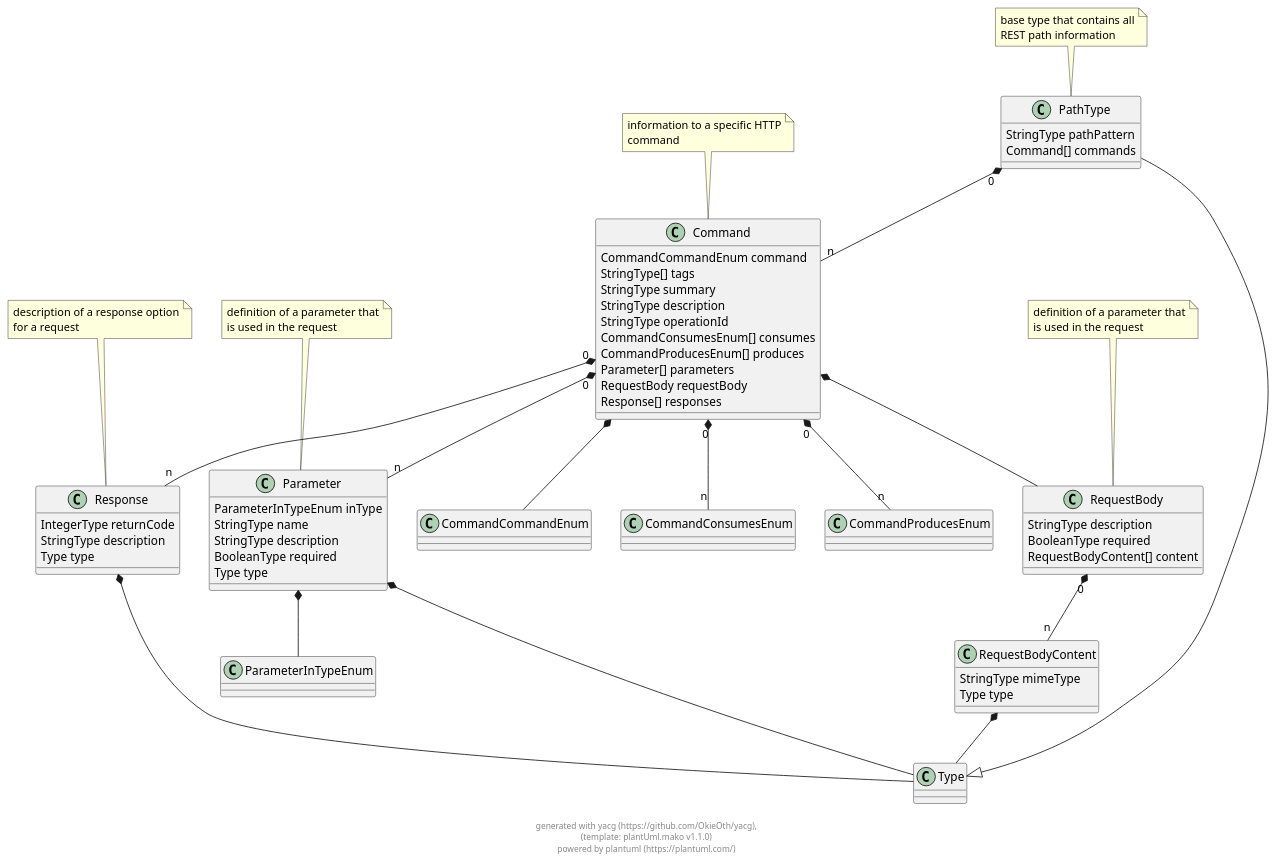
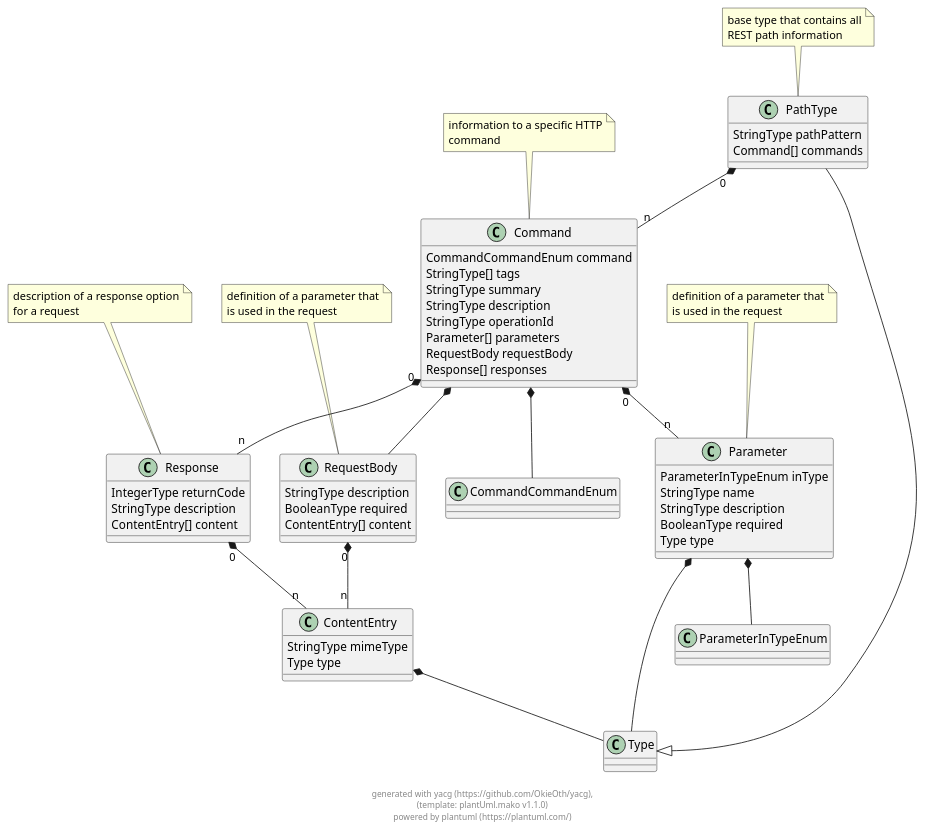
The diagram in docs/puml/yacg_openapi.puml (OkieOth/yacg), drawn with PlantUML before and after one commit. The commit also changed 2 other files, not shown here.

```diff
--- a/docs/puml/yacg_openapi.puml
+++ b/docs/puml/yacg_openapi.puml
@@ -2,111 +2,95 @@
 @startuml
 
 class PathType {
     StringType pathPattern 
     Command[] commands 
 }
  
 note top: base type that contains all\nREST path information
 
 PathType --|> Type
 class Command {
     CommandCommandEnum command 
     StringType[] tags 
     StringType summary 
     StringType description 
     StringType operationId 
-    CommandConsumesEnum[] consumes 
-    CommandProducesEnum[] produces 
     Parameter[] parameters 
     RequestBody requestBody 
     Response[] responses 
 }
  
 note top: information to a specific HTTP\ncommand
 
 class CommandCommandEnum {
-}
- 
-
-class CommandConsumesEnum {
-}
- 
-
-class CommandProducesEnum {
 }
  
 
 class Parameter {
     ParameterInTypeEnum inType 
     StringType name 
     StringType description 
     BooleanType required 
     Type type 
 }
  
 note top: definition of a parameter that\nis used in the request
 
 class RequestBody {
     StringType description 
     BooleanType required 
-    RequestBodyContent[] content 
+    ContentEntry[] content 
 }
  
 note top: definition of a parameter that\nis used in the request
 
 class Response {
     IntegerType returnCode 
     StringType description 
-    Type type 
+    ContentEntry[] content 
 }
  
 note top: description of a response option\nfor a request
 
-class RequestBodyContent {
+class ContentEntry {
     StringType mimeType 
     Type type 
 }
  
 
 class ParameterInTypeEnum {
 }
  
 
 
     
 PathType "0" *-- "n" Command        
             
     
 Command  *--  CommandCommandEnum        
             
-Command "0" *-- "n" CommandConsumesEnum        
-            
-Command "0" *-- "n" CommandProducesEnum        
-            
 Command "0" *-- "n" Parameter        
             
 Command  *--  RequestBody        
             
 Command "0" *-- "n" Response        
             
     
     
-    
-    
 Parameter  *--  ParameterInTypeEnum        
             
 Parameter  *--  Type        
             
     
-RequestBody "0" *-- "n" RequestBodyContent        
+RequestBody "0" *-- "n" ContentEntry        
             
     
-Response  *--  Type        
+Response "0" *-- "n" ContentEntry        
             
     
-RequestBodyContent  *--  Type        
+ContentEntry  *--  Type        
             
     
 
 footer \ngenerated with yacg (https://github.com/OkieOth/yacg),\n(template: plantUml.mako v1.1.0)\npowered by plantuml (https://plantuml.com/)
 @enduml
```
